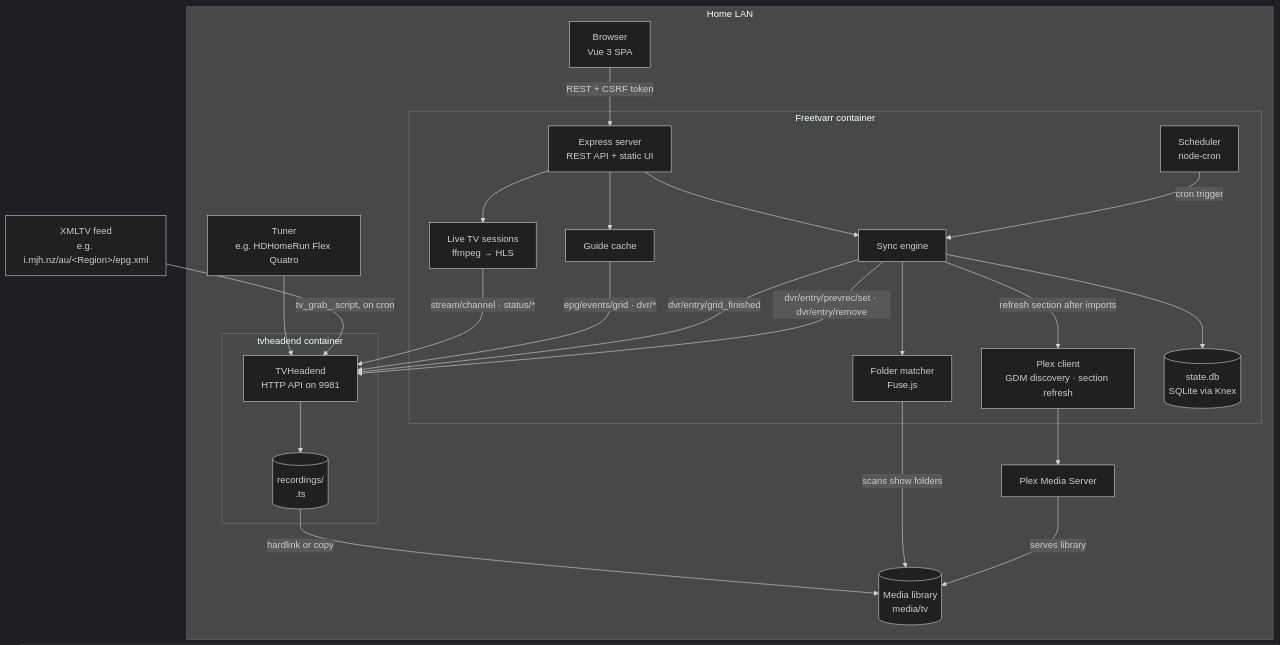
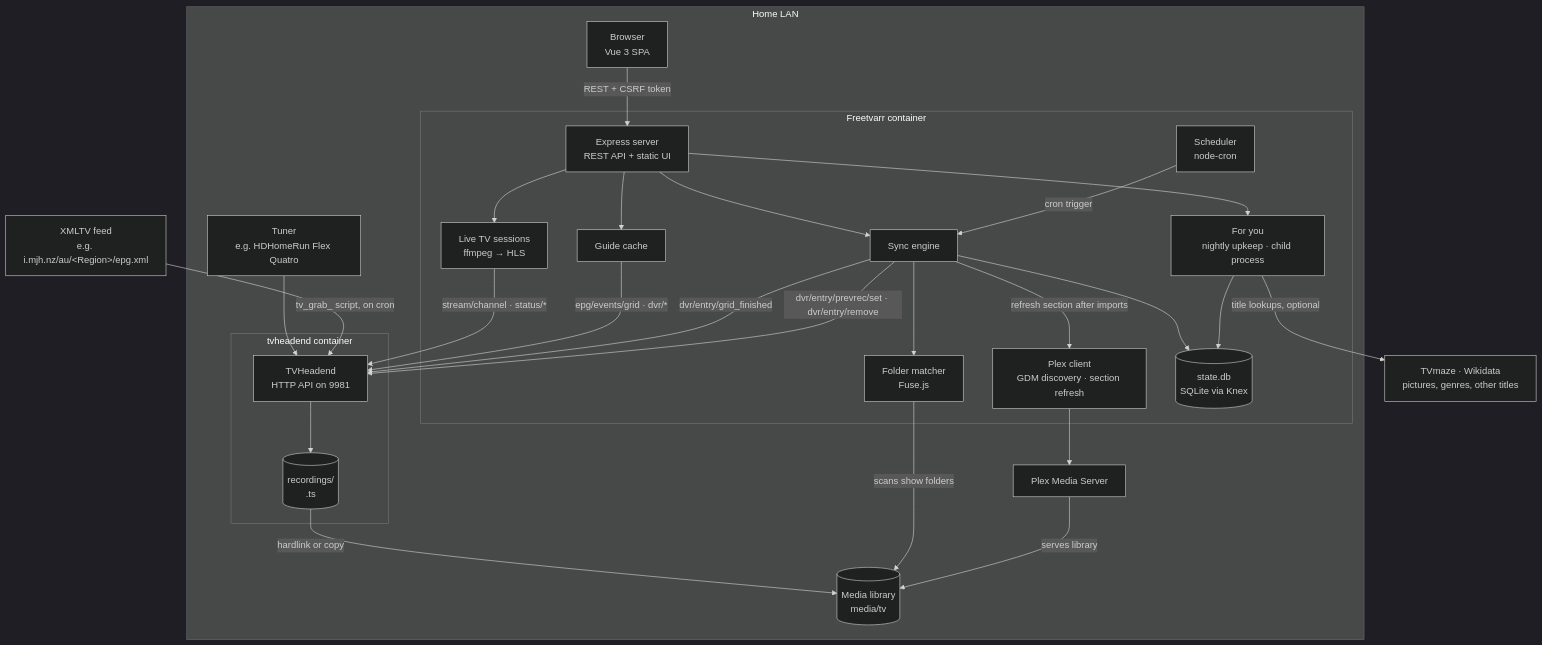
Before and after one commit to furey/freetvarr: the first of 3 diagrams in docs/DEEP_DIVE.md, drawn with Mermaid (dark theme). The commit also changed other lines of this file and 21 other files, not shown here.

````diff
--- a/docs/DEEP_DIVE.md
+++ b/docs/DEEP_DIVE.md
@@ -32,49 +35,54 @@
 ```mermaid
 flowchart TB
   subgraph lan["Home LAN"]
     hdhr["Tuner<br>e.g. HDHomeRun Flex Quatro"]
 
     subgraph tvh["tvheadend container"]
       tvhsrv["TVHeadend<br>HTTP API on 9981"]
       rec[("recordings/<br>.ts")]
     end
 
     plex["Plex Media Server"]
     browser["Browser<br>Vue 3 SPA"]
 
     subgraph app["Freetvarr container"]
       server["Express server<br>REST API + static UI"]
       sched["Scheduler<br>node-cron"]
       sync["Sync engine"]
       epg["Guide cache"]
       live["Live TV sessions<br>ffmpeg → HLS"]
       matcher["Folder matcher<br>Fuse.js"]
       plexclient["Plex client<br>GDM discovery · section refresh"]
+      foryou["For you<br>nightly upkeep · child process"]
       db[("state.db<br>SQLite via Knex")]
     end
 
     media[("Media library<br>media/tv")]
   end
 
   xmltv["XMLTV feed<br>e.g. i.mjh.nz/au/&lt;Region&gt;/epg.xml"]
+  lookups["TVmaze · Wikidata<br>pictures, genres, other titles"]
 
   hdhr --> tvhsrv
   xmltv -->|"tv_grab_ script, on cron"| tvhsrv
   tvhsrv --> rec
   browser -->|"REST + CSRF token"| server
   server --> sync
   server --> epg
   server --> live
   live -->|"stream/channel · status/*"| tvhsrv
   sched -->|"cron trigger"| sync
   epg -->|"epg/events/grid · dvr/*"| tvhsrv
   sync -->|"dvr/entry/grid_finished"| tvhsrv
   sync --> db
   rec -->|"hardlink or copy"| media
   sync --> matcher
   matcher -->|"scans show folders"| media
   sync -->|"refresh section after imports"| plexclient
   plexclient --> plex
   plex -->|"serves library"| media
   sync -->|"dvr/entry/prevrec/set · dvr/entry/remove"| tvhsrv
+  server --> foryou
+  foryou --> db
+  foryou -->|"title lookups, optional"| lookups
 ```
````
